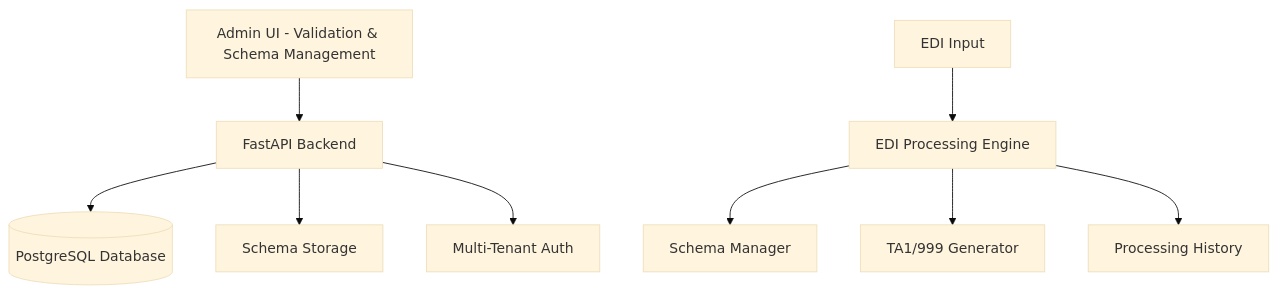
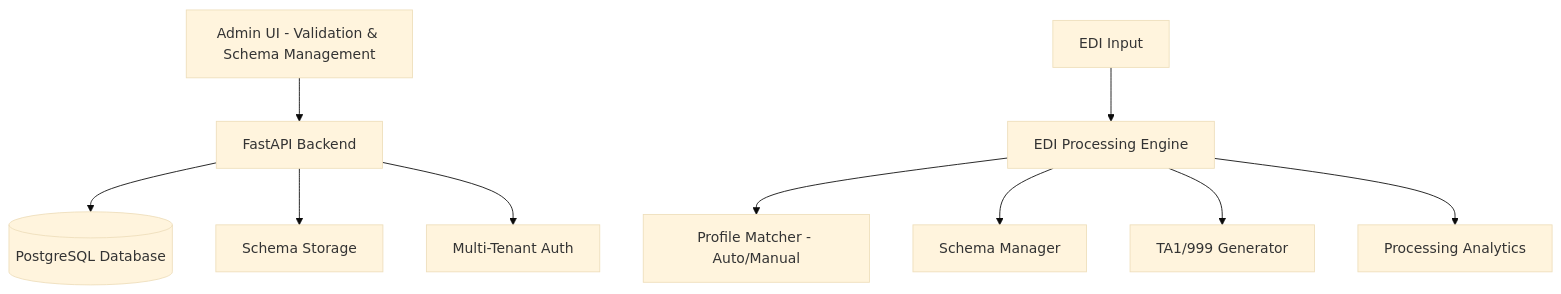
One commit to kreddys/edi-lens changed the diagram in CLAUDE.md. Above: the diagram before and after it, drawn with Mermaid (base theme). The commit also changed other lines of this file and 41 other files, not shown here.

````diff
--- a/CLAUDE.md
+++ b/CLAUDE.md
@@ -18,12 +18,13 @@
 ```mermaid
 graph TB
     UI[Admin UI - Validation & Schema Management] --> API[FastAPI Backend]
     API --> DB[(PostgreSQL Database)]
     API --> MinIO[Schema Storage]
     API --> Keycloak[Multi-Tenant Auth]
     
     EDI_Input[EDI Input] --> ValidationEngine[EDI Processing Engine]
+    ValidationEngine --> ProfileMatcher[Profile Matcher - Auto/Manual]
     ValidationEngine --> SchemaManager[Schema Manager]
     ValidationEngine --> ResponseGenerator[TA1/999 Generator]
-    ValidationEngine --> ProcessingLog[Processing History]
+    ValidationEngine --> ProcessingLog[Processing Analytics]
 ```
````
